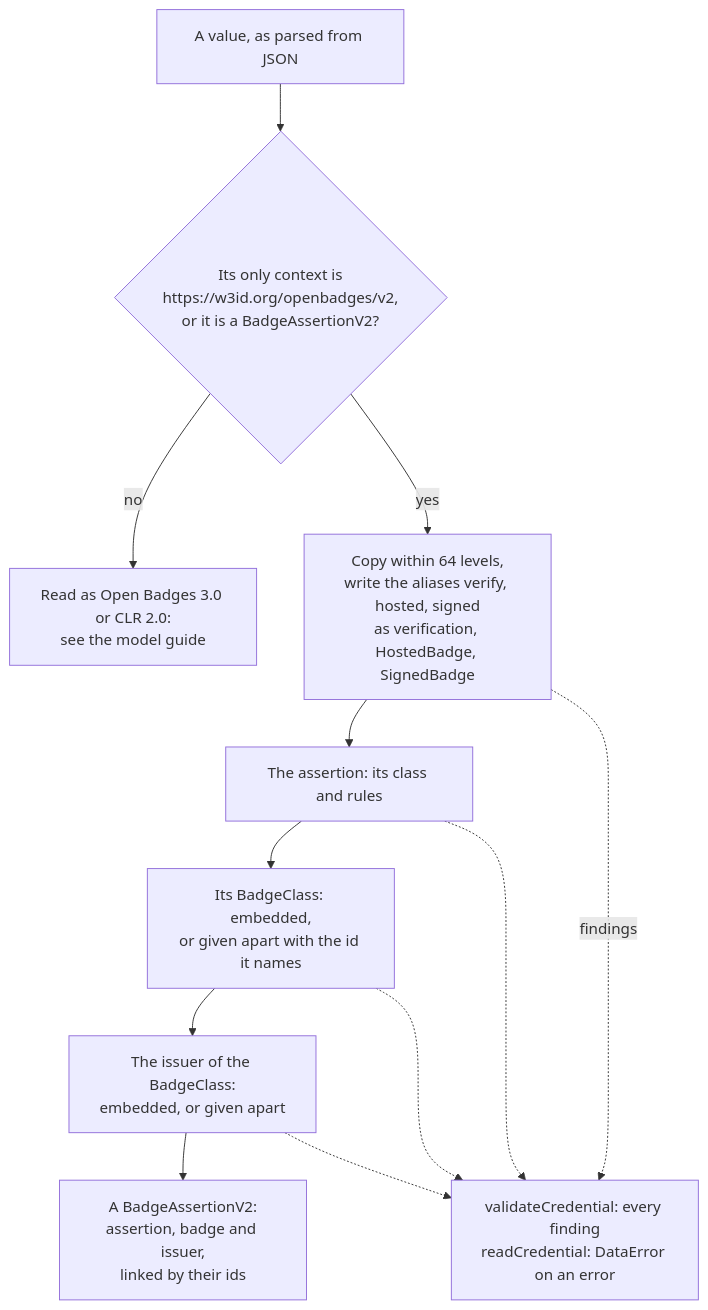
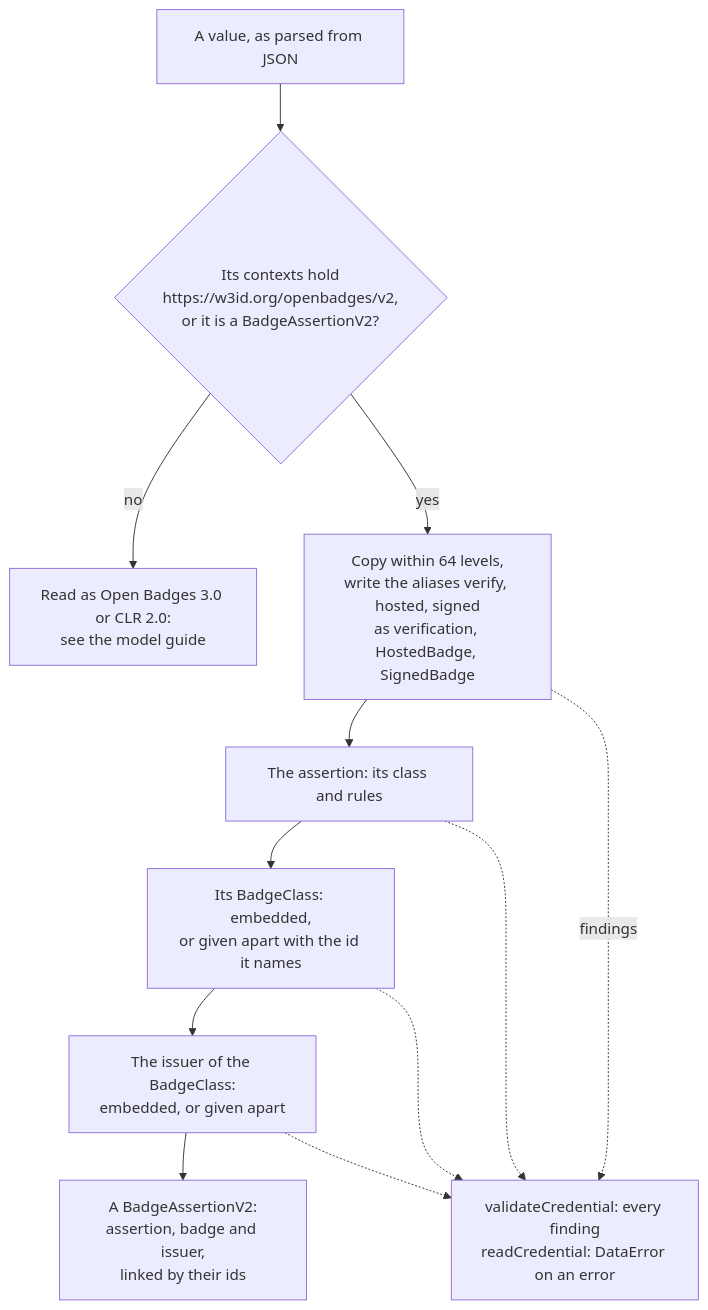
The diagram in docs/achievement-credentials/open-badges-2.md (interopkit/interopkit), drawn with Mermaid before and after one commit. The commit also changed other lines of this file and 21 other files, not shown here.

````diff
--- a/docs/achievement-credentials/open-badges-2.md
+++ b/docs/achievement-credentials/open-badges-2.md
@@ -10,14 +10,14 @@
 ```mermaid
 flowchart TD
-  value["A value, as parsed from JSON"] --> route{"Its only context is<br/>https://w3id.org/openbadges/v2,<br/>or it is a BadgeAssertionV2?"}
+  value["A value, as parsed from JSON"] --> route{"Its contexts hold<br/>https://w3id.org/openbadges/v2,<br/>or it is a BadgeAssertionV2?"}
   route -->|"no"| v3["Read as Open Badges 3.0 or CLR 2.0:<br/>see the model guide"]
   route -->|"yes"| copy["Copy within 64 levels,<br/>write the aliases verify, hosted, signed<br/>as verification, HostedBadge, SignedBadge"]
   copy --> assertion["The assertion: its class and rules"]
   assertion --> badge["Its BadgeClass: embedded,<br/>or given apart with the id it names"]
   badge --> issuer["The issuer of the BadgeClass:<br/>embedded, or given apart"]
   issuer --> joined["A BadgeAssertionV2:<br/>assertion, badge and issuer,<br/>linked by their ids"]
   copy -.->|"findings"| findings["validateCredential: every finding<br/>readCredential: DataError on an error"]
   assertion -.-> findings
   badge -.-> findings
   issuer -.-> findings
 ```
````
